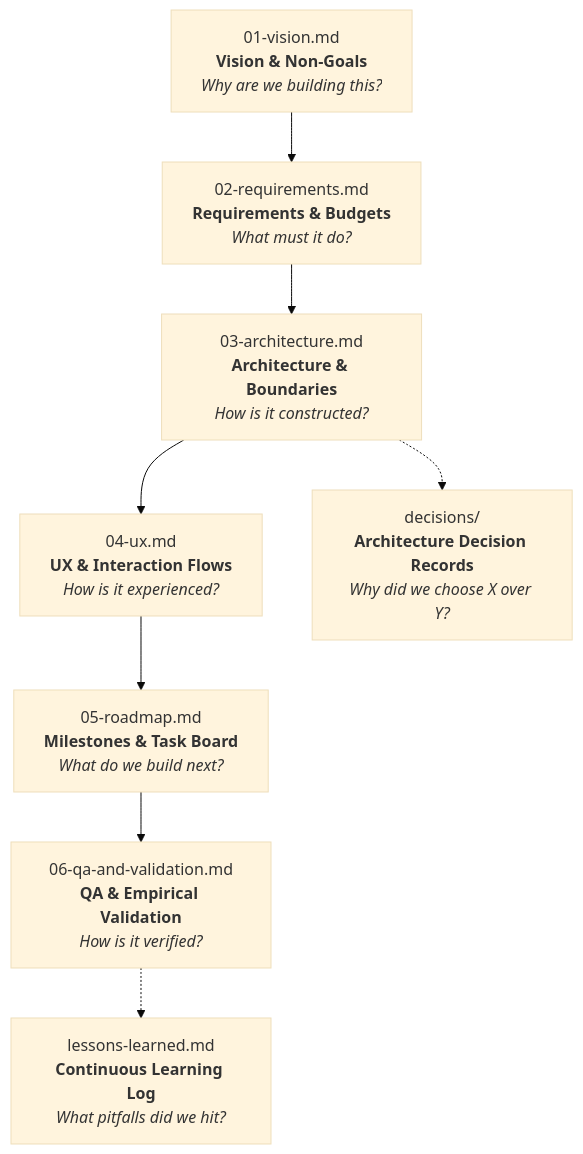
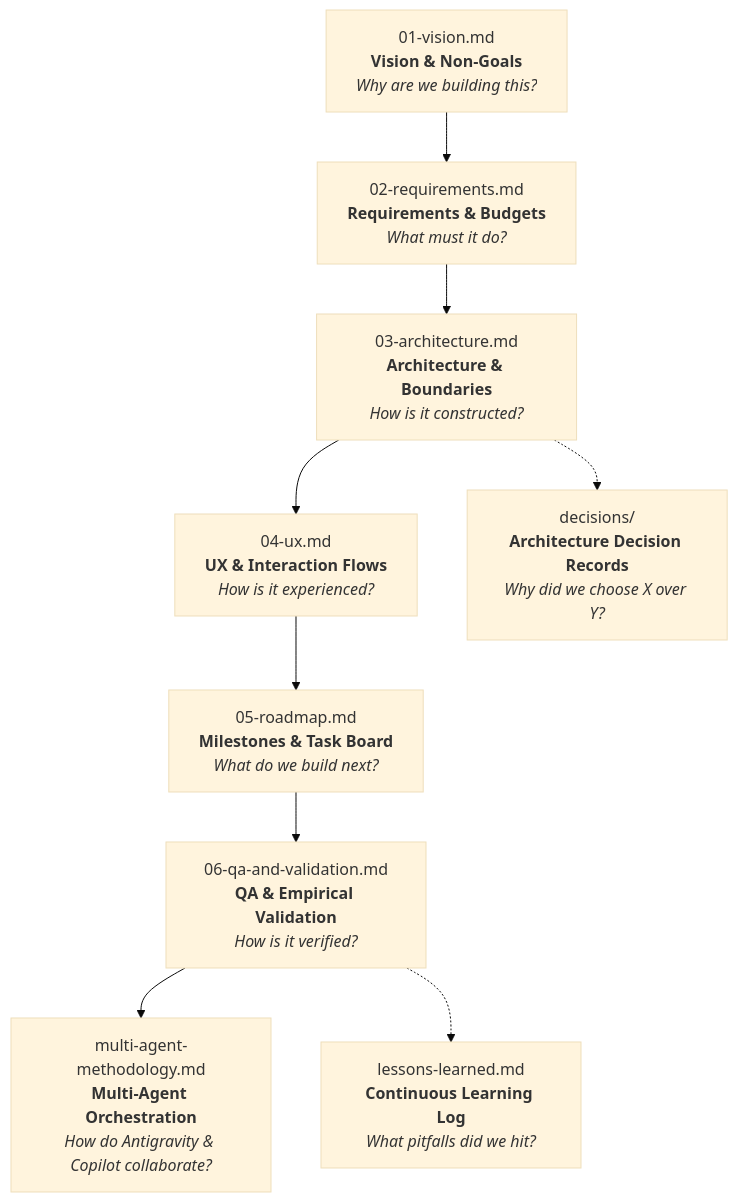
One commit to DooperDrew/project-template changed the diagram in docs/README.md. Above: the diagram before and after it, drawn with Mermaid (base theme). The commit also changed other lines of this file and 8 other files, not shown here.

Commit message:
feat: integrate GitHub Copilot cloud agent workflow and multi-agent methodology

````diff
--- a/docs/README.md
+++ b/docs/README.md
@@ -13,19 +13,21 @@
 ```mermaid
 flowchart TD
     D1["01-vision.md<br/><b>Vision & Non-Goals</b><br/><i>Why are we building this?</i>"]
     D2["02-requirements.md<br/><b>Requirements & Budgets</b><br/><i>What must it do?</i>"]
     D3["03-architecture.md<br/><b>Architecture & Boundaries</b><br/><i>How is it constructed?</i>"]
     D4["04-ux.md<br/><b>UX & Interaction Flows</b><br/><i>How is it experienced?</i>"]
     D5["05-roadmap.md<br/><b>Milestones & Task Board</b><br/><i>What do we build next?</i>"]
     D6["06-qa-and-validation.md<br/><b>QA & Empirical Validation</b><br/><i>How is it verified?</i>"]
+    METH["multi-agent-methodology.md<br/><b>Multi-Agent Orchestration</b><br/><i>How do Antigravity & Copilot collaborate?</i>"]
     ADR["decisions/<br/><b>Architecture Decision Records</b><br/><i>Why did we choose X over Y?</i>"]
     LL["lessons-learned.md<br/><b>Continuous Learning Log</b><br/><i>What pitfalls did we hit?</i>"]
 
     D1 --> D2
     D2 --> D3
     D3 --> D4
     D4 --> D5
     D5 --> D6
+    D6 --> METH
     D3 -.-> ADR
     D6 -.-> LL
 ```
````
